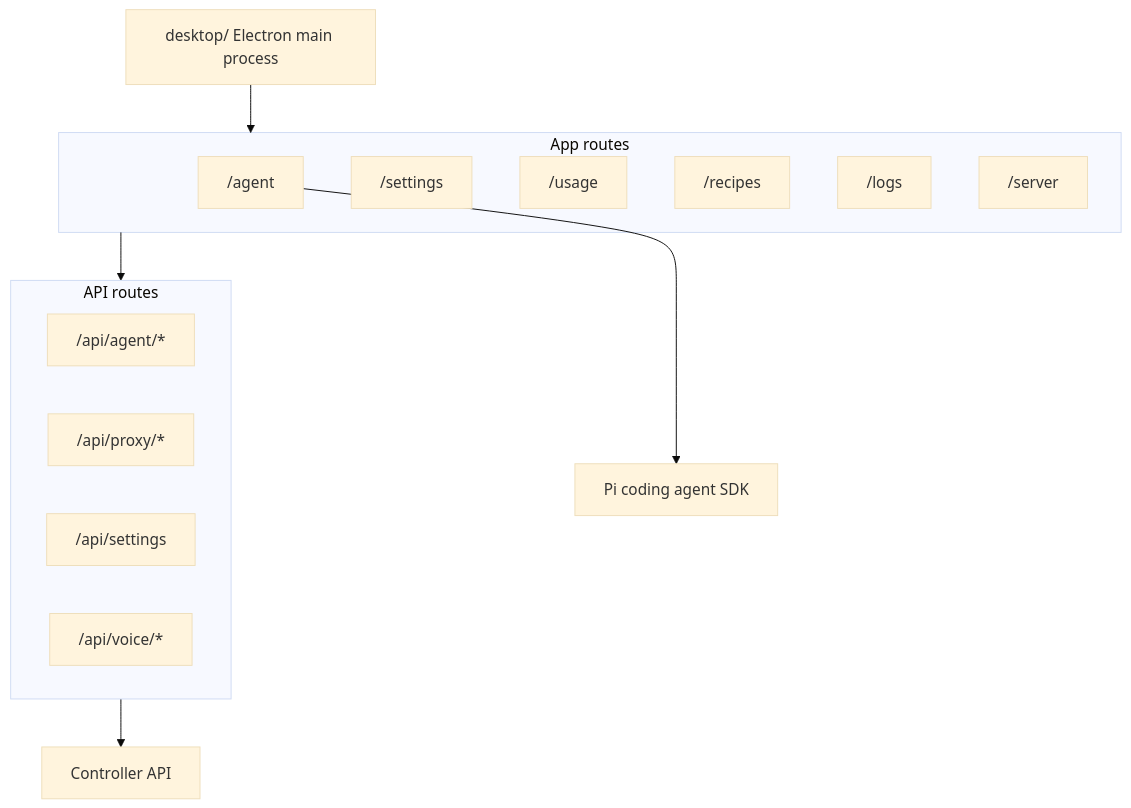
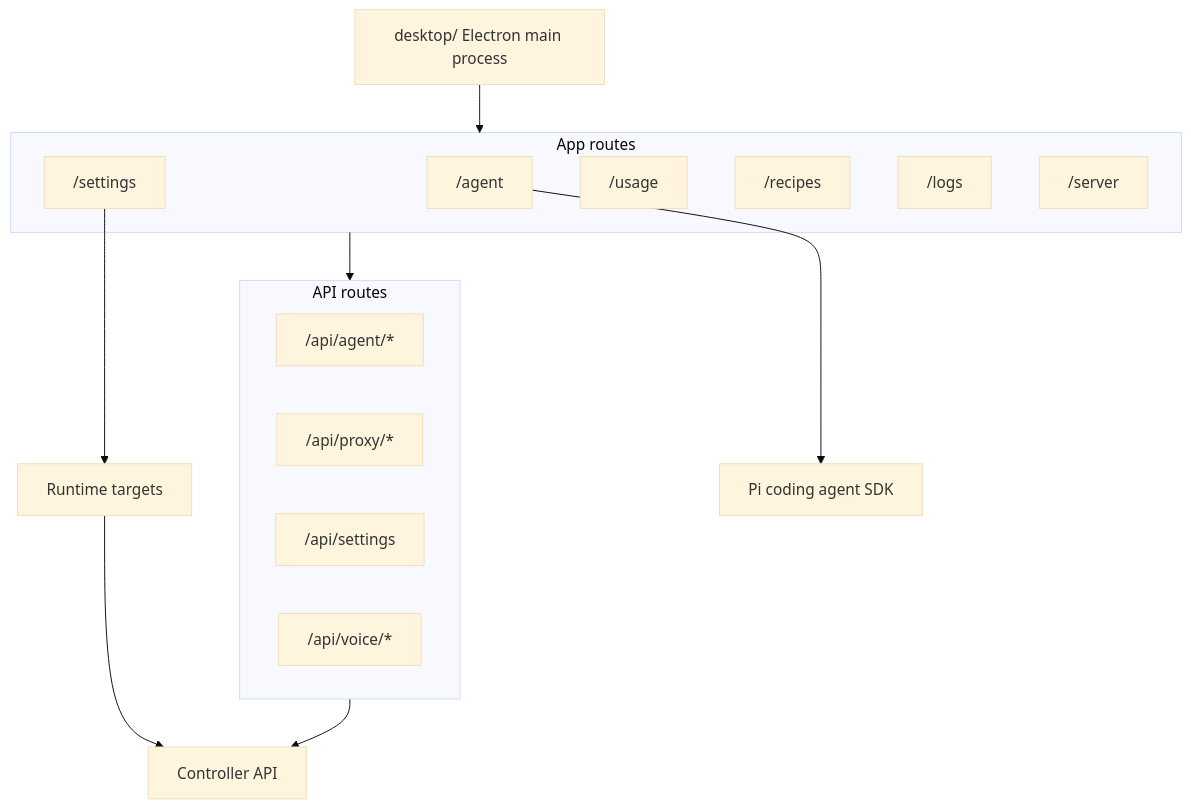
One commit to 0xSero/vllm-studio changed the diagram in frontend/README.md. Above: the diagram before and after it, drawn with Mermaid (base theme). The commit also changed other lines of this file and 7 other files, not shown here.

````diff
--- a/frontend/README.md
+++ b/frontend/README.md
@@ -25,23 +26,25 @@
 ```mermaid
 flowchart TB
     subgraph UI["App routes"]
         Agent["/agent"]
         Settings["/settings"]
         Usage["/usage"]
         Recipes["/recipes"]
         Logs["/logs"]
         Server["/server"]
     end
 
     subgraph APIs["API routes"]
         AgentApi["/api/agent/*"]
         ProxyApi["/api/proxy/*"]
         SettingsApi["/api/settings"]
         VoiceApi["/api/voice/*"]
     end
 
     UI --> APIs
     APIs --> Controller["Controller API"]
+    Settings --> Targets["Runtime targets"]
+    Targets --> Controller
     Agent --> Pi["Pi coding agent SDK"]
     Desktop["desktop/ Electron main process"] --> UI
 ```
````
